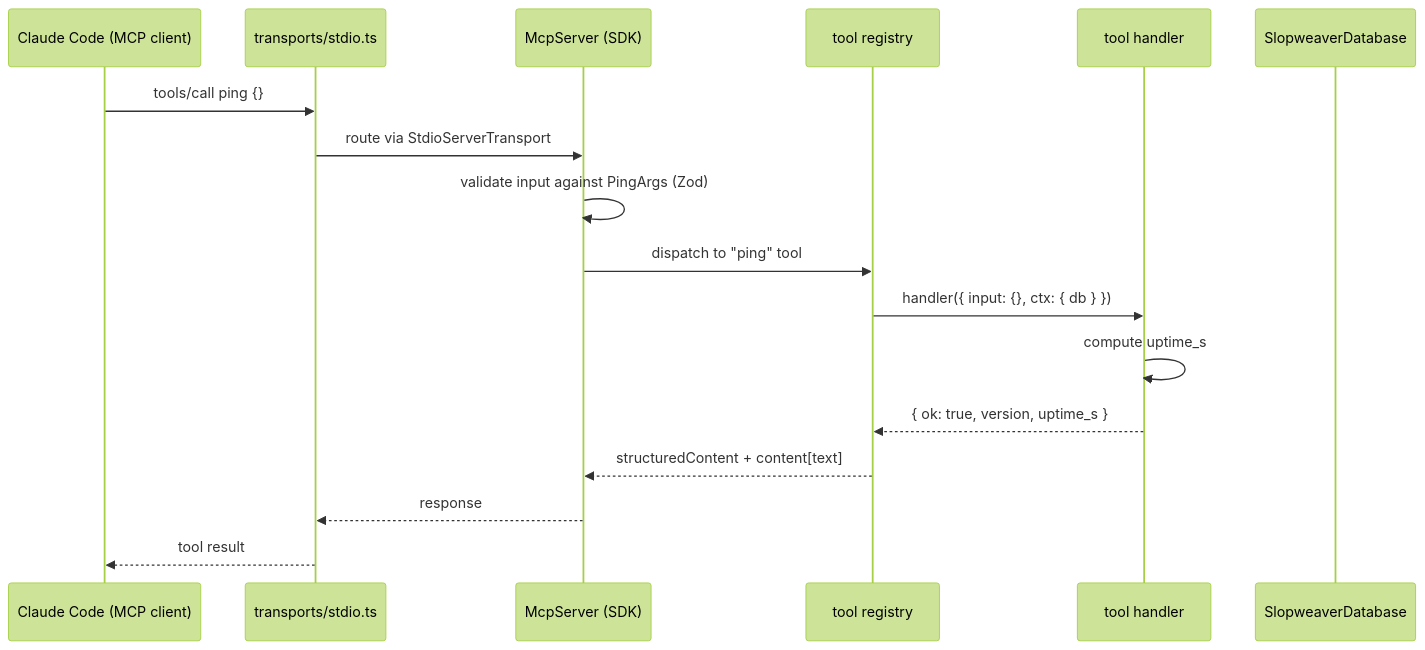
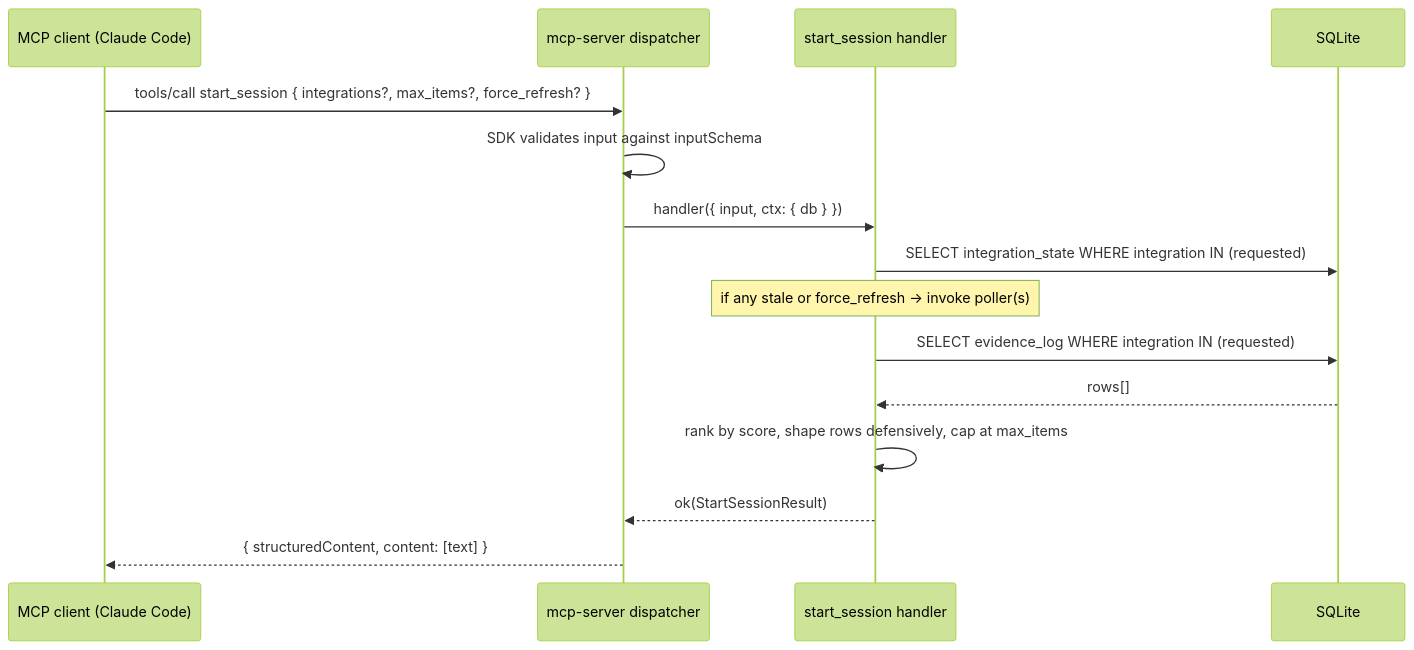
Before and after one commit to slopweaver/slopweaver: the fourth of 5 diagrams in docs/CODEBASE_MAP.md, drawn with Mermaid (forest theme). The commit also changed other lines of this file and 1 other file, not shown here.

First line of the commit message:
docs: refresh CODEBASE_MAP.md after #34, #35, #36, #40, #42 (#43)

````diff
--- a/docs/CODEBASE_MAP.md
+++ b/docs/CODEBASE_MAP.md
@@ -224,20 +478,18 @@
 ```mermaid
 sequenceDiagram
-    participant Client as Claude Code (MCP client)
-    participant Stdio as transports/stdio.ts
-    participant Server as McpServer (SDK)
-    participant Registry as tool registry
-    participant Handler as tool handler
-    participant DB as SlopweaverDatabase
+    participant Client as MCP client (Claude Code)
+    participant Server as mcp-server dispatcher
+    participant Tool as start_session handler
+    participant DB as SQLite
 
-    Client->>Stdio: tools/call ping {}
-    Stdio->>Server: route via StdioServerTransport
-    Server->>Server: validate input against PingArgs (Zod)
-    Server->>Registry: dispatch to "ping" tool
-    Registry->>Handler: handler({ input: {}, ctx: { db } })
-    Handler->>Handler: compute uptime_s
-    Handler-->>Registry: { ok: true, version, uptime_s }
-    Registry-->>Server: structuredContent + content[text]
-    Server-->>Stdio: response
-    Stdio-->>Client: tool result
+    Client->>Server: tools/call start_session { integrations?, max_items?, force_refresh? }
+    Server->>Server: SDK validates input against inputSchema
+    Server->>Tool: handler({ input, ctx: { db } })
+    Tool->>DB: SELECT integration_state WHERE integration IN (requested)
+    Note over Tool: if any stale or force_refresh → invoke poller(s)
+    Tool->>DB: SELECT evidence_log WHERE integration IN (requested)
+    DB-->>Tool: rows[]
+    Tool->>Tool: rank by score, shape rows defensively, cap at max_items
+    Tool-->>Server: ok(StartSessionResult)
+    Server-->>Client: { structuredContent, content: [text] }
 ```
````
